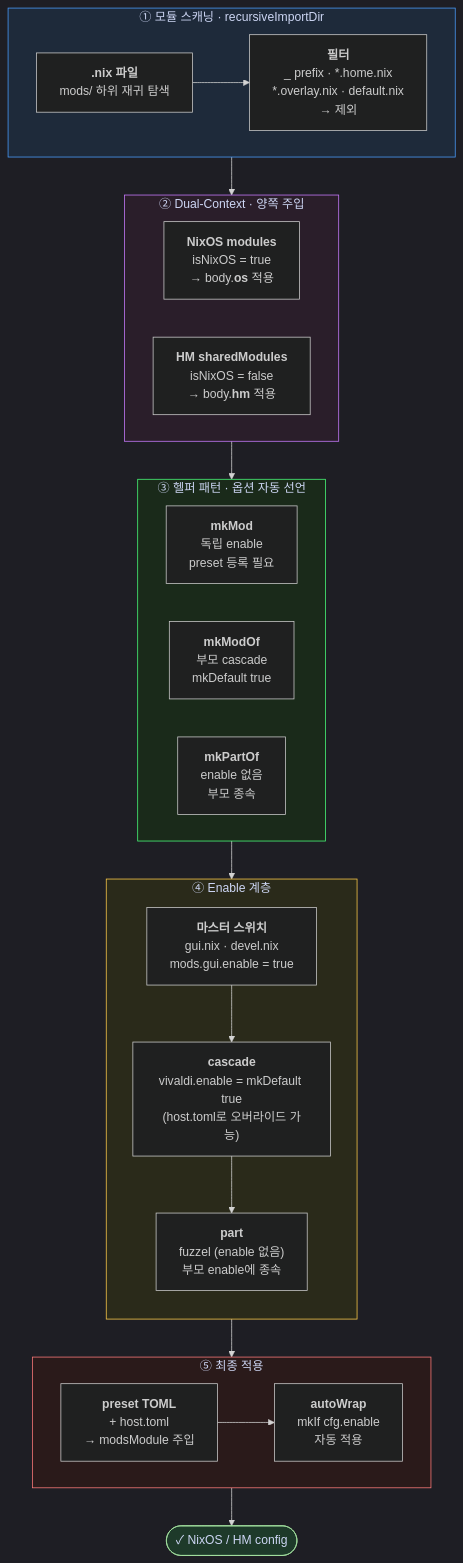
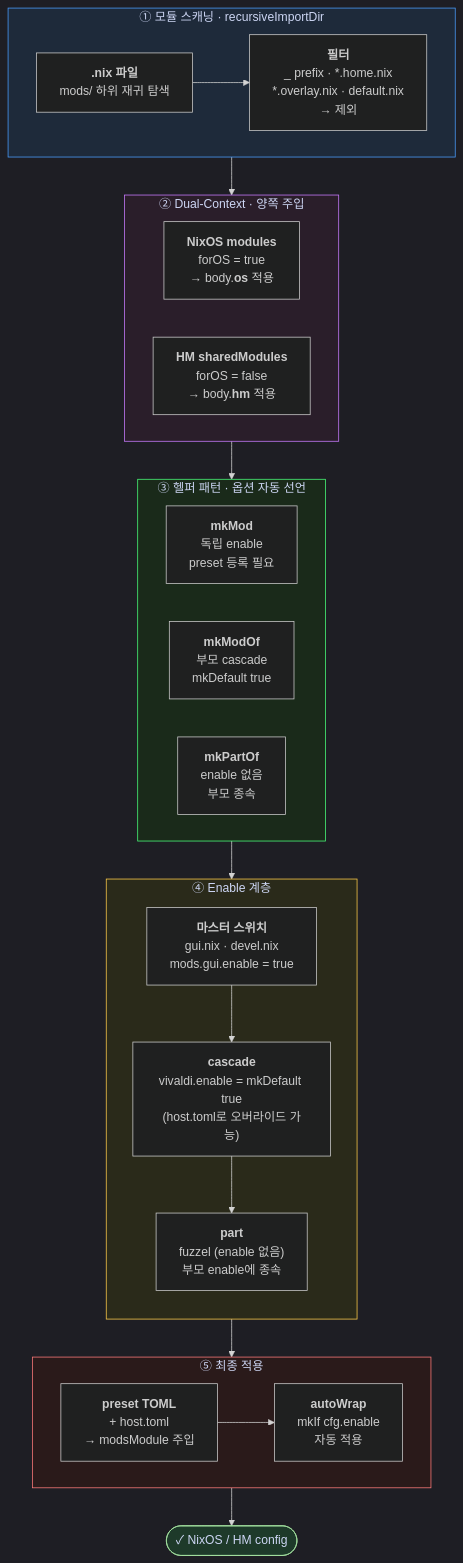
Before and after one commit to donghans/nixos: the diagram in .docs/hacking/ARCHITECTURE-MODS.mermaid, drawn with Mermaid. The commit also changed 7 other files, not shown here.

```diff
--- a/.docs/hacking/ARCHITECTURE-MODS.mermaid
+++ b/.docs/hacking/ARCHITECTURE-MODS.mermaid
@@ -1,73 +1,73 @@
 %%{init: {'theme': 'dark', 'flowchart': {'curve': 'basis'}}}%%
 flowchart TD
     subgraph SCAN["① 모듈 스캐닝  ·  recursiveImportDir"]
         direction LR
         nix_files["`**.nix 파일**
         mods/ 하위 재귀 탐색`"]
         filter["`**필터**
         _ prefix · *.home.nix
         *.overlay.nix · default.nix
         → 제외`"]
         nix_files --> filter
     end
 
     subgraph DUAL["② Dual-Context  ·  양쪽 주입"]
         direction LR
         nixos_ctx["`**NixOS modules**
-        isNixOS = true
+        forOS = true
         → body.**os** 적용`"]
         hm_ctx["`**HM sharedModules**
-        isNixOS = false
+        forOS = false
         → body.**hm** 적용`"]
     end
 
     subgraph HELPER["③ 헬퍼 패턴  ·  옵션 자동 선언"]
         direction LR
         mkmod["`**mkMod**
         독립 enable
         preset 등록 필요`"]
         mkmodof["`**mkModOf**
         부모 cascade
         mkDefault true`"]
         mkpartof["`**mkPartOf**
         enable 없음
         부모 종속`"]
     end
 
     subgraph ENABLE["④ Enable 계층"]
         direction TB
         master["`**마스터 스위치**
         gui.nix · devel.nix
         mods.gui.enable = true`"]
         cascade["`**cascade**
         vivaldi.enable = mkDefault true
         (host.toml로 오버라이드 가능)`"]
         part["`**part**
         fuzzel (enable 없음)
         부모 enable에 종속`"]
         master --> cascade --> part
     end
 
     subgraph APPLY["⑤ 최종 적용"]
         direction LR
         preset["`**preset TOML**
         + host.toml
         → modsModule 주입`"]
         autowrap["`**autoWrap**
         mkIf cfg.enable
         자동 적용`"]
         preset --> autowrap
     end
 
     filter --> DUAL
     DUAL --> HELPER
     HELPER --> ENABLE
     ENABLE --> preset
     autowrap --> Out(["✓ NixOS / HM config"])
 
     style SCAN fill:#1e2a3a,stroke:#4a9eff,color:#cdd6f4
     style DUAL fill:#2a1e2a,stroke:#c97bff,color:#cdd6f4
     style HELPER fill:#1a2a1a,stroke:#4aff7a,color:#cdd6f4
     style ENABLE fill:#2a2a1a,stroke:#ffcc4a,color:#cdd6f4
     style APPLY fill:#2a1a1a,stroke:#ff7b7b,color:#cdd6f4
     style Out fill:#1e3a2a,stroke:#a6e3a1,color:#cdd6f4
```
